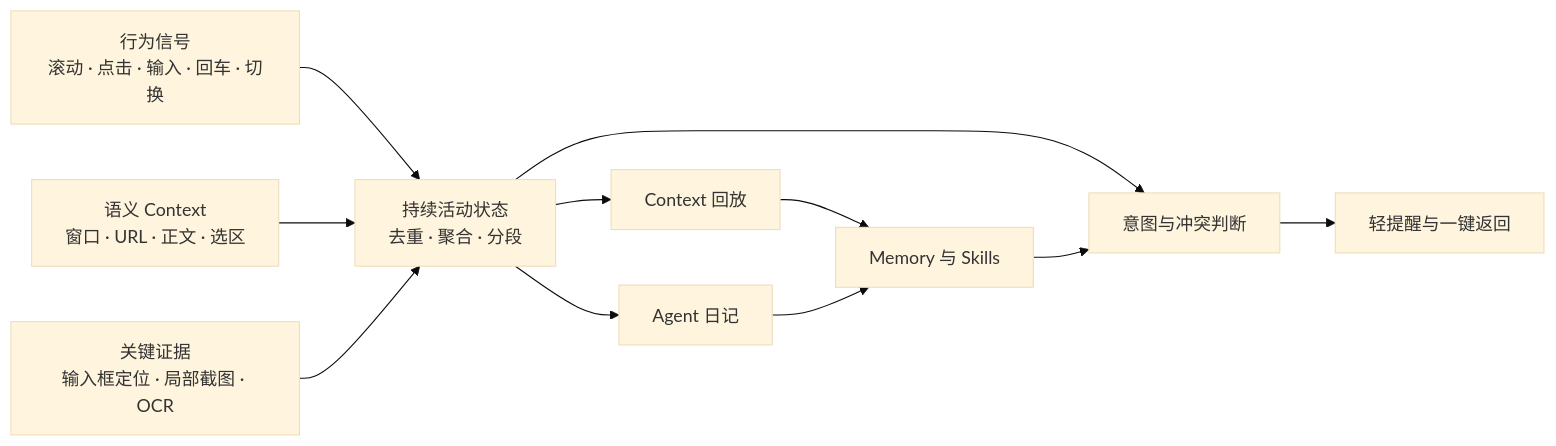
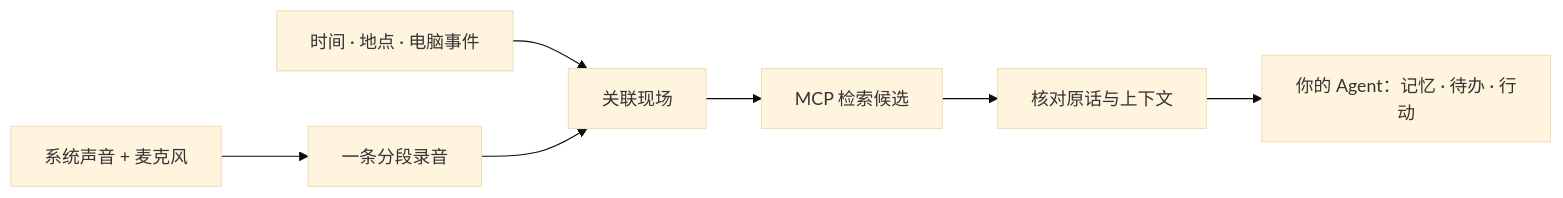
Before and after one commit to agentone666-ship-it/AgentOne: the diagram in README.md, drawn with Mermaid (base theme). The commit also changed other lines of this file and 5 other files, not shown here.

````diff
--- a/README.md
+++ b/README.md
@@ -30,13 +49,9 @@
 ```mermaid
 flowchart LR
-    A["行为信号<br/>滚动 · 点击 · 输入 · 回车 · 切换"] --> B["持续活动状态<br/>去重 · 聚合 · 分段"]
-    C["语义 Context<br/>窗口 · URL · 正文 · 选区"] --> B
-    D["关键证据<br/>输入框定位 · 局部截图 · OCR"] --> B
-    B --> E["意图与冲突判断"]
-    E --> F["轻提醒与一键返回"]
-    B --> G["Context 回放"]
-    B --> H["Agent 日记"]
-    G --> I["Memory 与 Skills"]
-    H --> I
-    I --> E
+    A["系统声音 + 麦克风"] --> B["一条分段录音"]
+    C["时间 · 地点 · 电脑事件"] --> D["关联现场"]
+    B --> D
+    D --> E["MCP 检索候选"]
+    E --> F["核对原话与上下文"]
+    F --> G["你的 Agent：记忆 · 待办 · 行动"]
 ```
````
